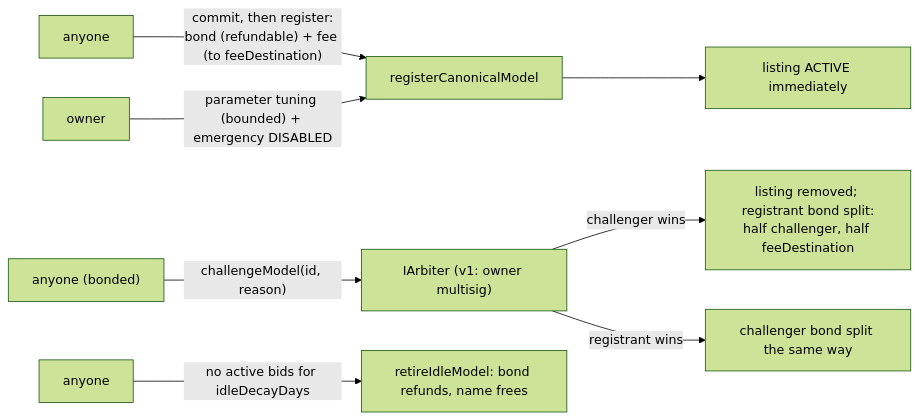
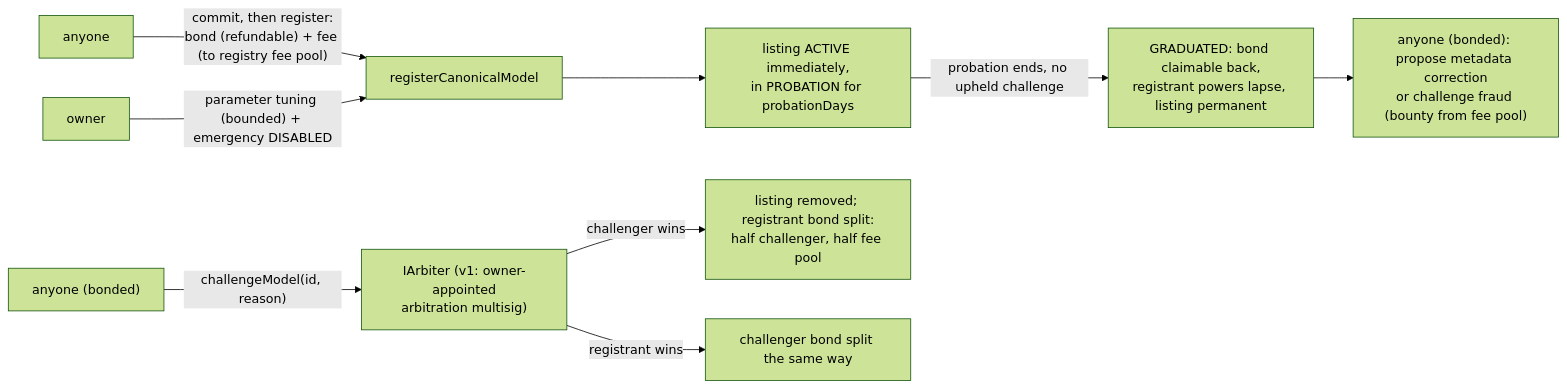
Before and after one commit to cowboycoderhq/Morpheus-Lumerin-Node: the fourth of 18 diagrams in smart-contracts/docs/inference-contract-enhancements-rfp.md, drawn with Mermaid (forest theme). The commit also changed other lines of this file and 2 other files, not shown here.

````diff
--- a/smart-contracts/docs/inference-contract-enhancements-rfp.md
+++ b/smart-contracts/docs/inference-contract-enhancements-rfp.md
@@ -338,10 +341,11 @@
 ```mermaid
 flowchart LR
-  ANY["anyone"] -->|"commit, then register:<br/>bond (refundable) + fee (to feeDestination)"| REG["registerCanonicalModel"]
-  REG --> LIVE["listing ACTIVE immediately"]
-  CH["anyone (bonded)"] -->|"challengeModel(id, reason)"| ARB["IArbiter (v1: owner multisig)"]
-  ARB -->|"challenger wins"| SLASH["listing removed; registrant bond split:<br/>half challenger, half feeDestination"]
+  ANY["anyone"] -->|"commit, then register:<br/>bond (refundable) + fee (to registry fee pool)"| REG["registerCanonicalModel"]
+  REG --> LIVE["listing ACTIVE immediately,<br/>in PROBATION for probationDays"]
+  CH["anyone (bonded)"] -->|"challengeModel(id, reason)"| ARB["IArbiter (v1: owner-appointed<br/>arbitration multisig)"]
+  ARB -->|"challenger wins"| SLASH["listing removed; registrant bond split:<br/>half challenger, half fee pool"]
   ARB -->|"registrant wins"| KEEP["challenger bond split the same way"]
-  IDLE["anyone"] -->|"no active bids for idleDecayDays"| RET["retireIdleModel: bond refunds, name frees"]
+  LIVE -->|"probation ends, no upheld challenge"| GRAD["GRADUATED: bond claimable back,<br/>registrant powers lapse, listing permanent"]
+  GRAD --> CORR["anyone (bonded): propose metadata correction<br/>or challenge fraud (bounty from fee pool)"]
   OWN["owner"] -->|"parameter tuning (bounded) + emergency DISABLED"| REG
 ```
````
